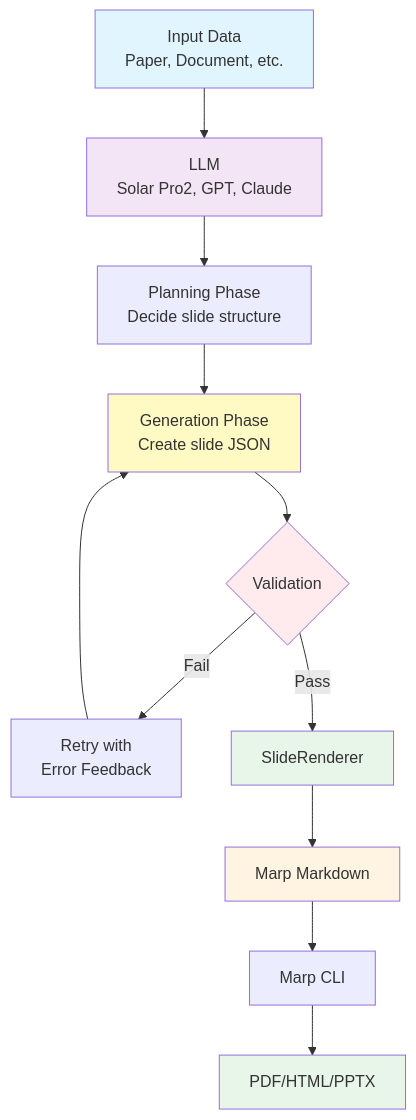
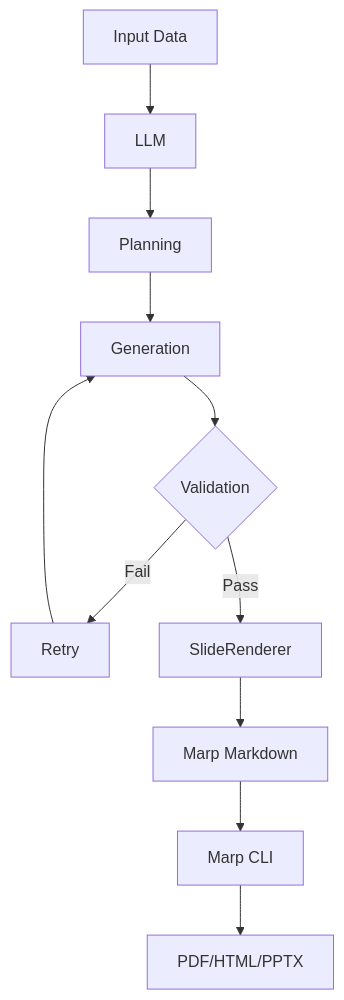
The second of 2 diagrams in README.md (DShomin/slide-renderer), drawn with Mermaid before and after one commit. The commit also changed other lines of this file and 1 other file, not shown here.

````diff
--- a/README.md
+++ b/README.md
@@ -183,21 +106,13 @@
 ```mermaid
 graph TB
-    A[Input Data<br/>Paper, Document, etc.] --> B[LLM<br/>Solar Pro2, GPT, Claude]
-    B --> C[Planning Phase<br/>Decide slide structure]
-    C --> D[Generation Phase<br/>Create slide JSON]
+    A[Input Data] --> B[LLM]
+    B --> C[Planning]
+    C --> D[Generation]
     D --> E{Validation}
-    E -->|Fail| F[Retry with<br/>Error Feedback]
+    E -->|Fail| F[Retry]
     F --> D
     E -->|Pass| G[SlideRenderer]
     G --> H[Marp Markdown]
     H --> I[Marp CLI]
     I --> J[PDF/HTML/PPTX]
-
-    style A fill:#e1f5ff
-    style B fill:#f3e5f5
-    style D fill:#fff9c4
-    style E fill:#ffebee
-    style G fill:#e8f5e9
-    style H fill:#fff4e1
-    style J fill:#e8f5e9
 ```
````
